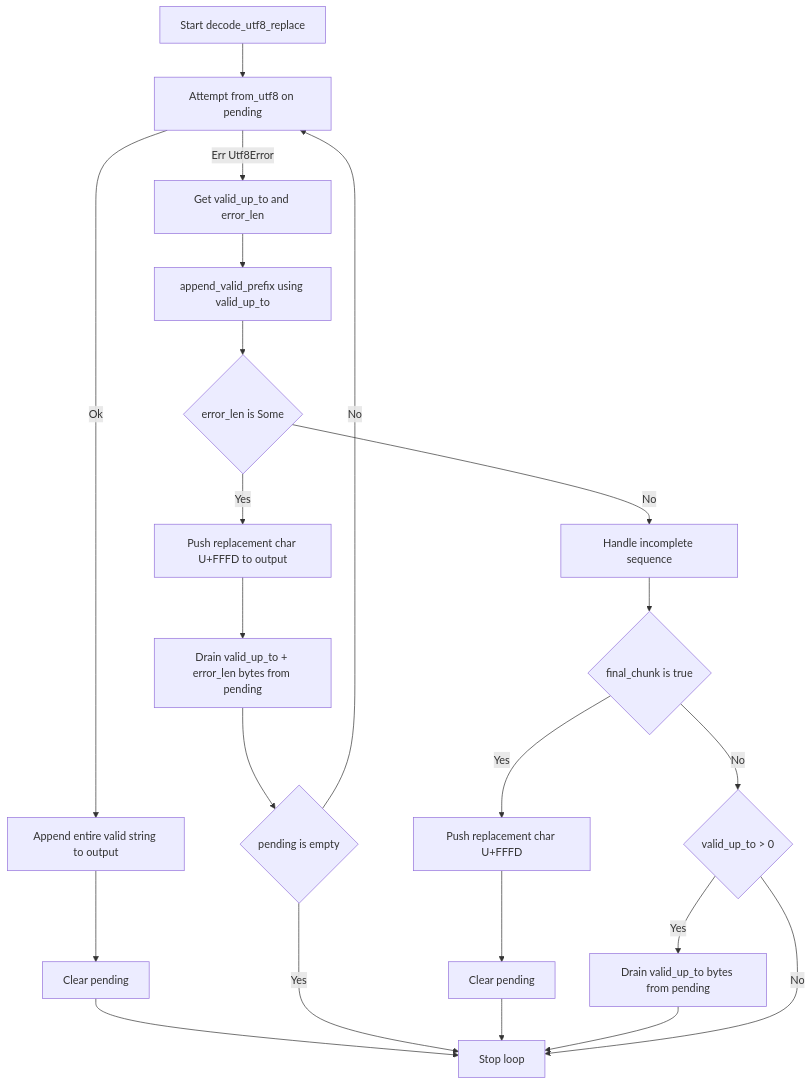
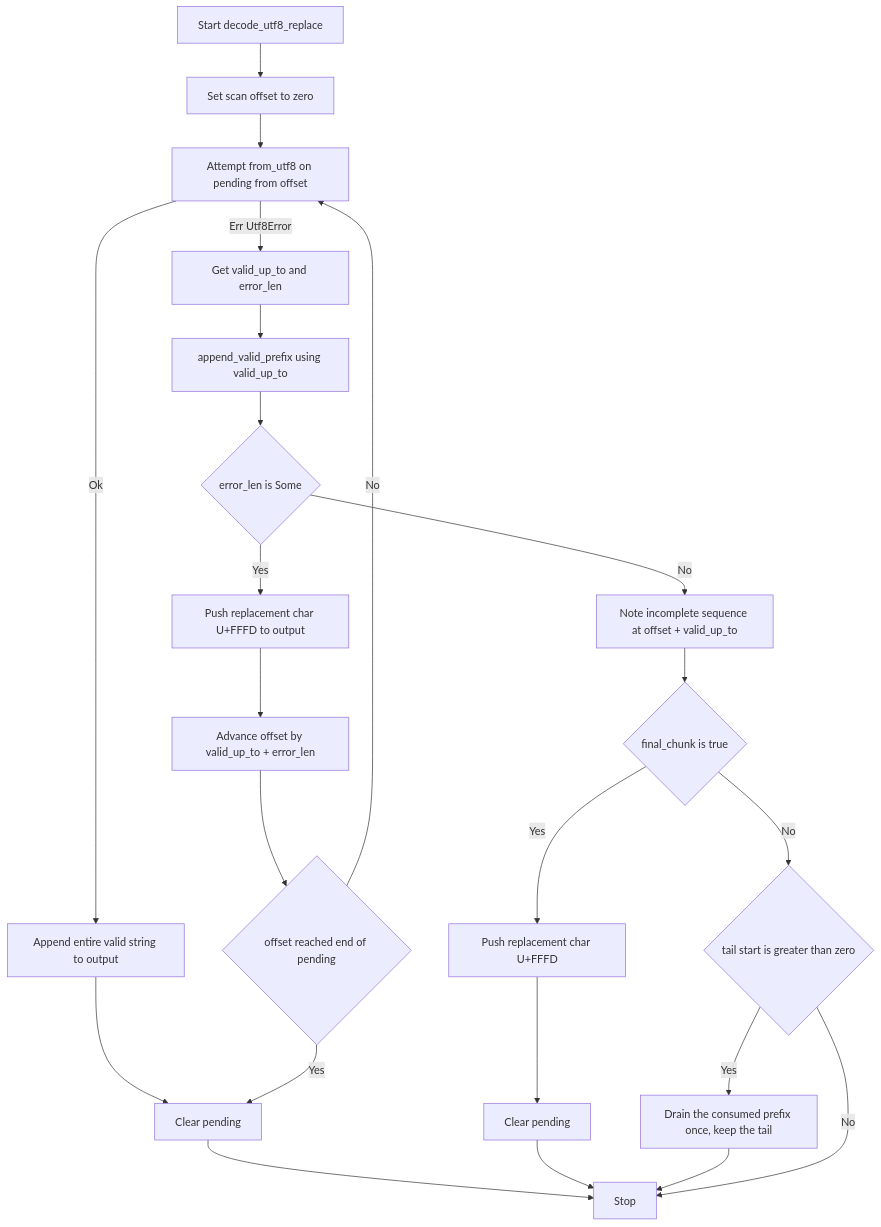
Before and after one commit to leynos/cuprum: diagram 20 of 23 in docs/cuprum-design.md, drawn with Mermaid. The commit also changed 10 other files, not shown here.

````diff
--- a/docs/cuprum-design.md
+++ b/docs/cuprum-design.md
@@ -3871,28 +3871,29 @@
 ```mermaid
 flowchart TD
-    A[Start decode_utf8_replace] --> B[Attempt from_utf8 on pending]
-    B -->|Ok| C[Append entire valid string to output]
-    C --> D[Clear pending]
-    D --> E[Stop loop]
+    A[Start decode_utf8_replace] --> B[Set scan offset to zero]
+    B --> C[Attempt from_utf8 on pending from offset]
+    C -->|Ok| D[Append entire valid string to output]
+    D --> E[Clear pending]
+    E --> F[Stop]
 
-    B -->|Err Utf8Error| F[Get valid_up_to and error_len]
-    F --> G[append_valid_prefix using valid_up_to]
+    C -->|Err Utf8Error| G[Get valid_up_to and error_len]
+    G --> H[append_valid_prefix using valid_up_to]
 
-    G --> H{error_len is Some}
-    H -->|Yes| I[Push replacement char U+FFFD to output]
-    I --> J[Drain valid_up_to + error_len bytes from pending]
-    J --> K{pending is empty}
-    K -->|Yes| E
-    K -->|No| B
+    H --> I{error_len is Some}
+    I -->|Yes| J[Push replacement char U+FFFD to output]
+    J --> K[Advance offset by valid_up_to + error_len]
+    K --> L{offset reached end of pending}
+    L -->|Yes| E
+    L -->|No| C
 
-    H -->|No| L[Handle incomplete sequence]
-    L --> M{final_chunk is true}
-    M -->|Yes| N[Push replacement char U+FFFD]
-    N --> O[Clear pending]
-    O --> E
+    I -->|No| M[Note incomplete sequence at offset + valid_up_to]
+    M --> N{final_chunk is true}
+    N -->|Yes| O[Push replacement char U+FFFD]
+    O --> P[Clear pending]
+    P --> F
 
-    M -->|No| P{valid_up_to > 0}
-    P -->|Yes| Q[Drain valid_up_to bytes from pending]
-    Q --> E
-    P -->|No| E
+    N -->|No| Q{tail start is greater than zero}
+    Q -->|Yes| R[Drain the consumed prefix once, keep the tail]
+    R --> F
+    Q -->|No| F
 ```
````
